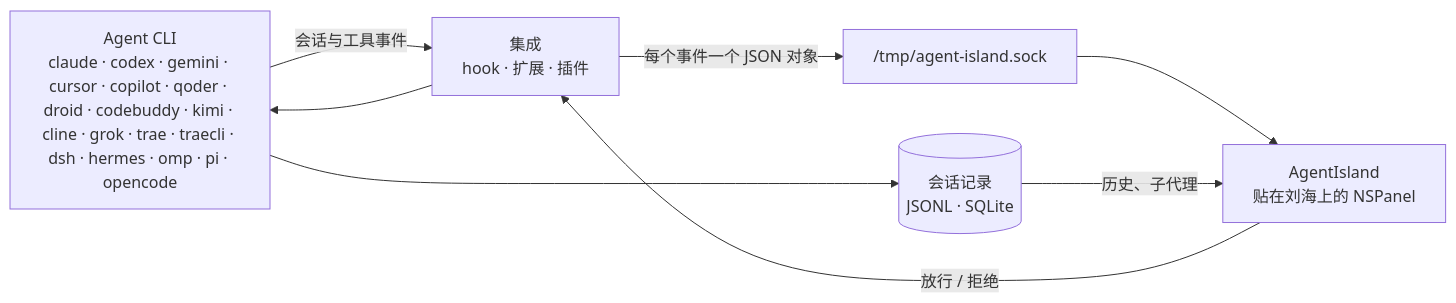
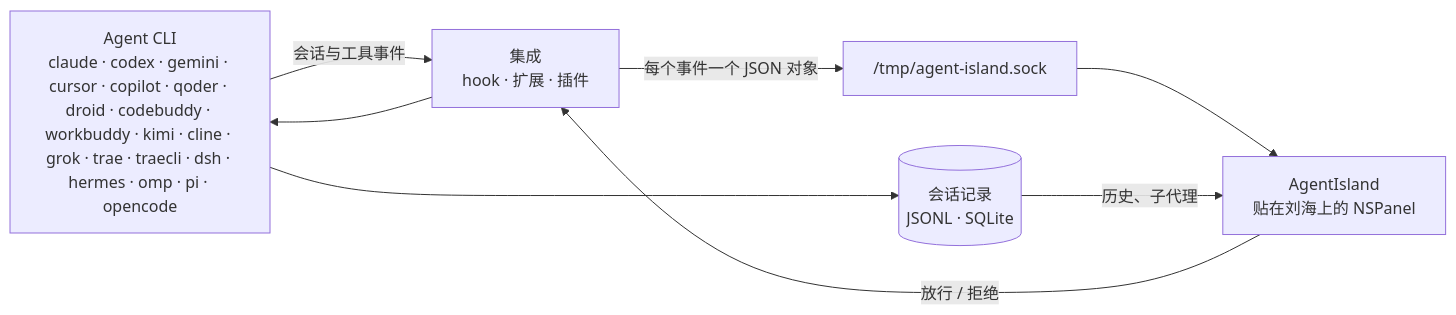
The diagram in README.zh-CN.md (seehar/agent-island), drawn with Mermaid before and after one commit. The commit also changed other lines of this file and 2 other files, not shown here.

Commit message:
docs: 支持清单补 WorkBuddy（19 个 Agent）并记下两处实测事实

````diff
--- a/README.zh-CN.md
+++ b/README.zh-CN.md
@@ -174,16 +175,16 @@
 ```mermaid
 flowchart LR
-  CLI["Agent CLI<br/>claude · codex · gemini · cursor · copilot · qoder · droid · codebuddy · kimi · cline · grok · trae · traecli · dsh · hermes · omp · pi · opencode"]
+  CLI["Agent CLI<br/>claude · codex · gemini · cursor · copilot · qoder · droid · codebuddy · workbuddy · kimi · cline · grok · trae · traecli · dsh · hermes · omp · pi · opencode"]
   INT["集成<br/>hook · 扩展 · 插件"]
   SOCK["/tmp/agent-island.sock"]
   APP["AgentIsland<br/>贴在刘海上的 NSPanel"]
   REC[("会话记录<br/>JSONL · SQLite")]
 
   CLI -- "会话与工具事件" --> INT
   INT -- "每个事件一个 JSON 对象" --> SOCK
   SOCK --> APP
   CLI --> REC
   REC -- "历史、子代理" --> APP
   APP -- "放行 / 拒绝" --> INT
   INT --> CLI
 ```
````
